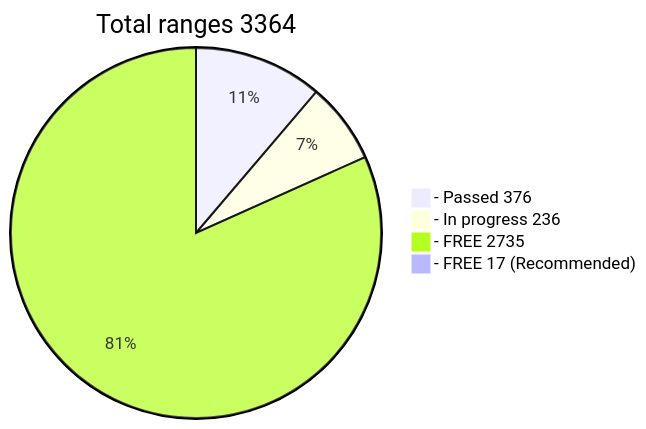
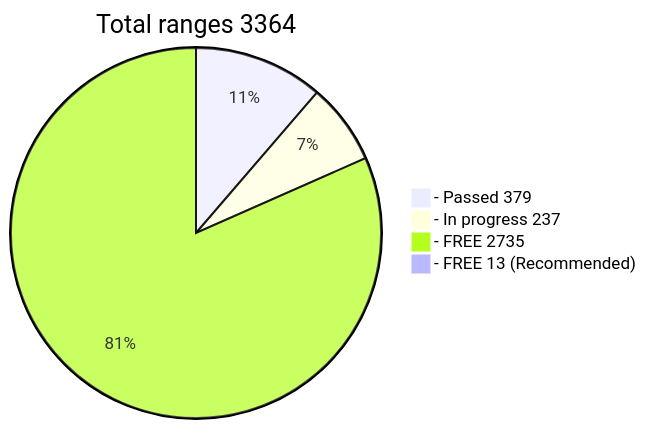
Before and after one commit to phrutis/wif500: the diagram in README.md, drawn with Mermaid.

````diff
--- a/README.md
+++ b/README.md
@@ -16,7 +16,7 @@
 ```mermaid
 pie title Total ranges 3364
-  "- Passed 376" : 376
-  "- In progress 236" : 236
+  "- Passed 379" : 379
+  "- In progress 237" : 237
   "- FREE 2735" : 2735
-  "- FREE 17 (Recommended)" : 17
+  "- FREE 13 (Recommended)" : 13
 ```
````
